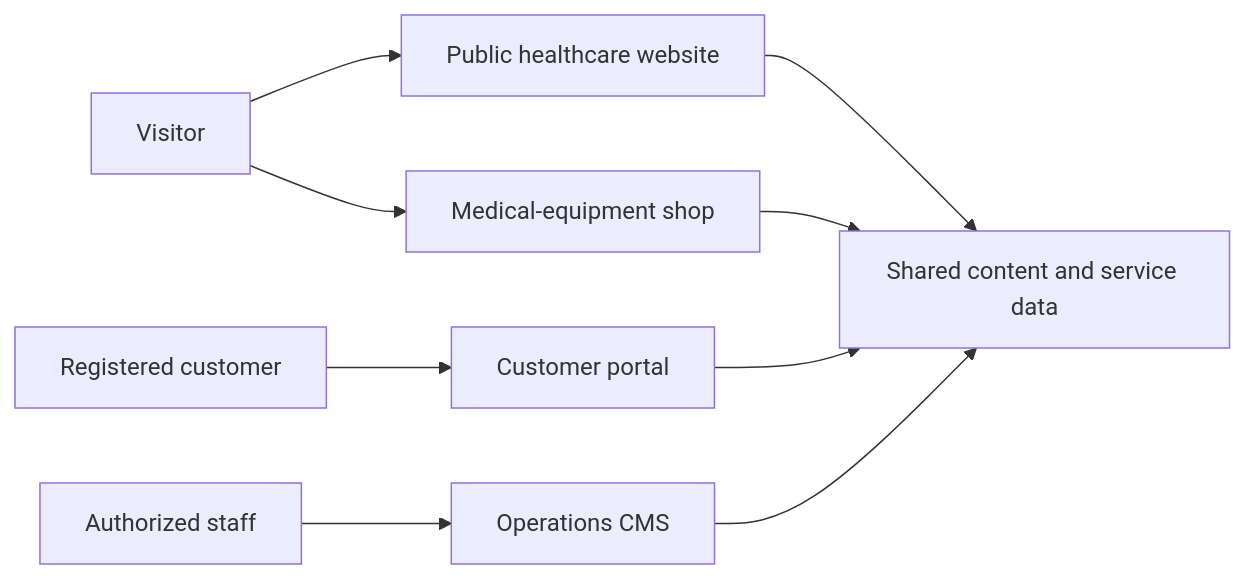
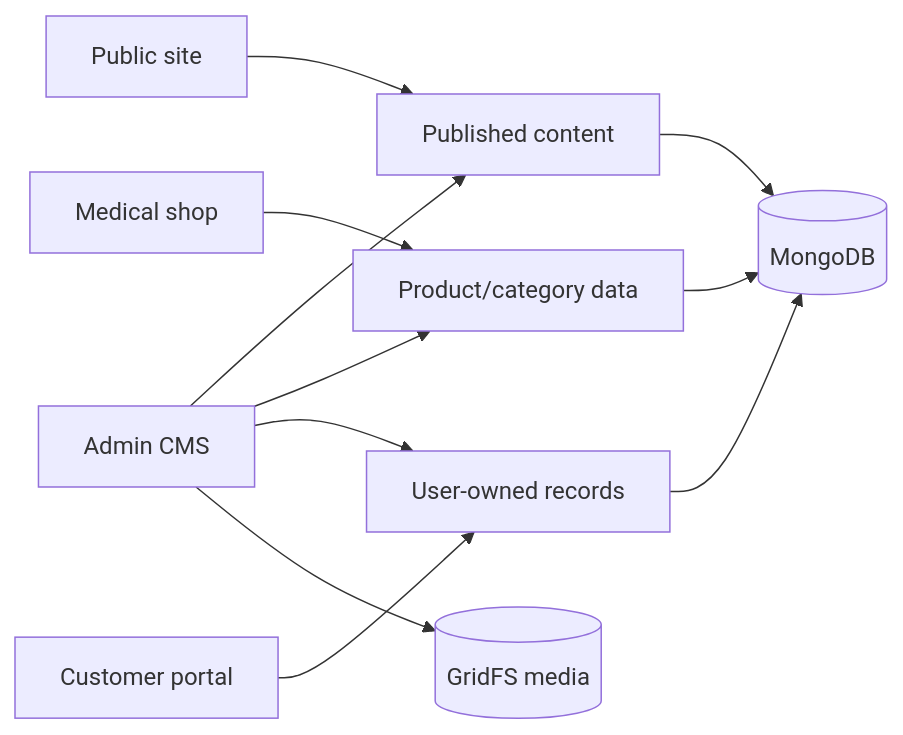
The diagram in FEATURES_AND_CONTENT_ARCHITECTURE.md (zakaria-akash/care-bangla-group-web-application), drawn with Mermaid before and after one commit. The commit also changed other lines of this file and 11 other files, not shown here.

````diff
--- a/FEATURES_AND_CONTENT_ARCHITECTURE.md
+++ b/FEATURES_AND_CONTENT_ARCHITECTURE.md
@@ -9,11 +7,13 @@
 ```mermaid
 flowchart LR
-  A[Visitor] --> B[Public healthcare website]
-  A --> C[Medical-equipment shop]
-  D[Registered customer] --> E[Customer portal]
-  F[Authorized staff] --> G[Operations CMS]
-  B --> H[Shared content and service data]
-  C --> H
-  E --> H
-  G --> H
+  Public[Public site] --> Editorial[Published content]
+  Shop[Medical shop] --> Catalog[Product/category data]
+  User[Customer portal] --> Operations[User-owned records]
+  Admin[Admin CMS] --> Editorial
+  Admin --> Catalog
+  Admin --> Operations
+  Editorial --> Mongo[(MongoDB)]
+  Catalog --> Mongo
+  Operations --> Mongo
+  Admin --> GridFS[(GridFS media)]
 ```
````
